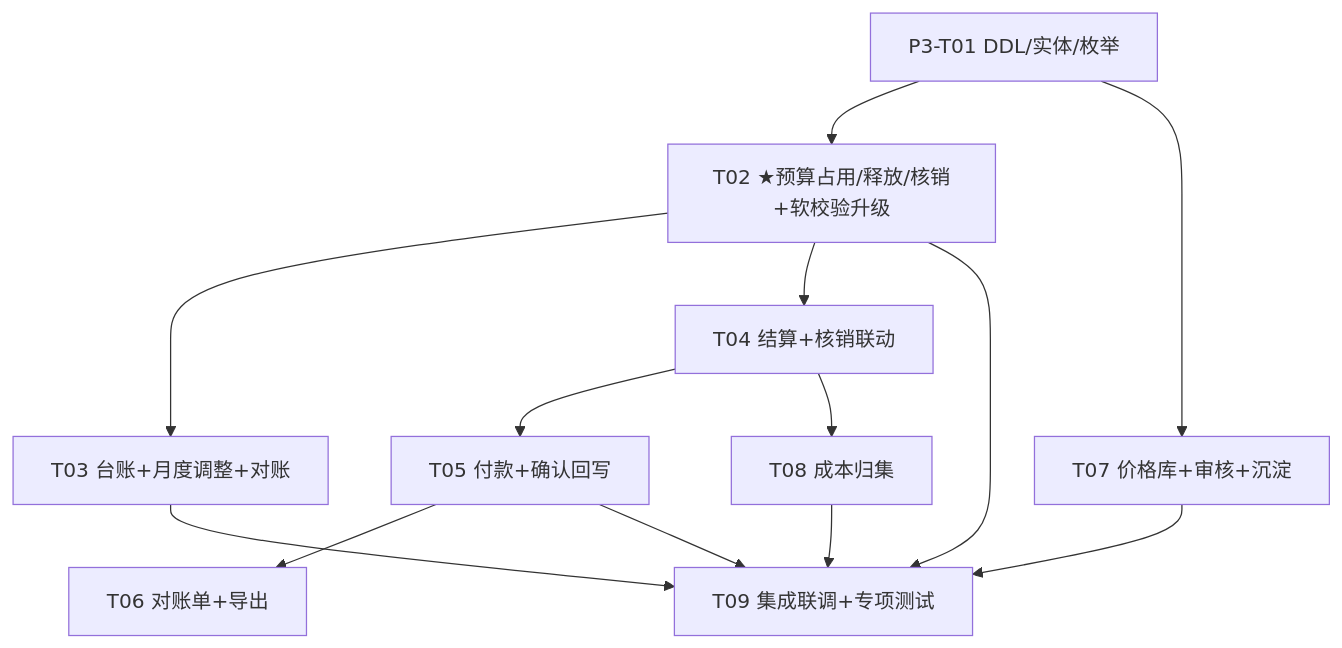
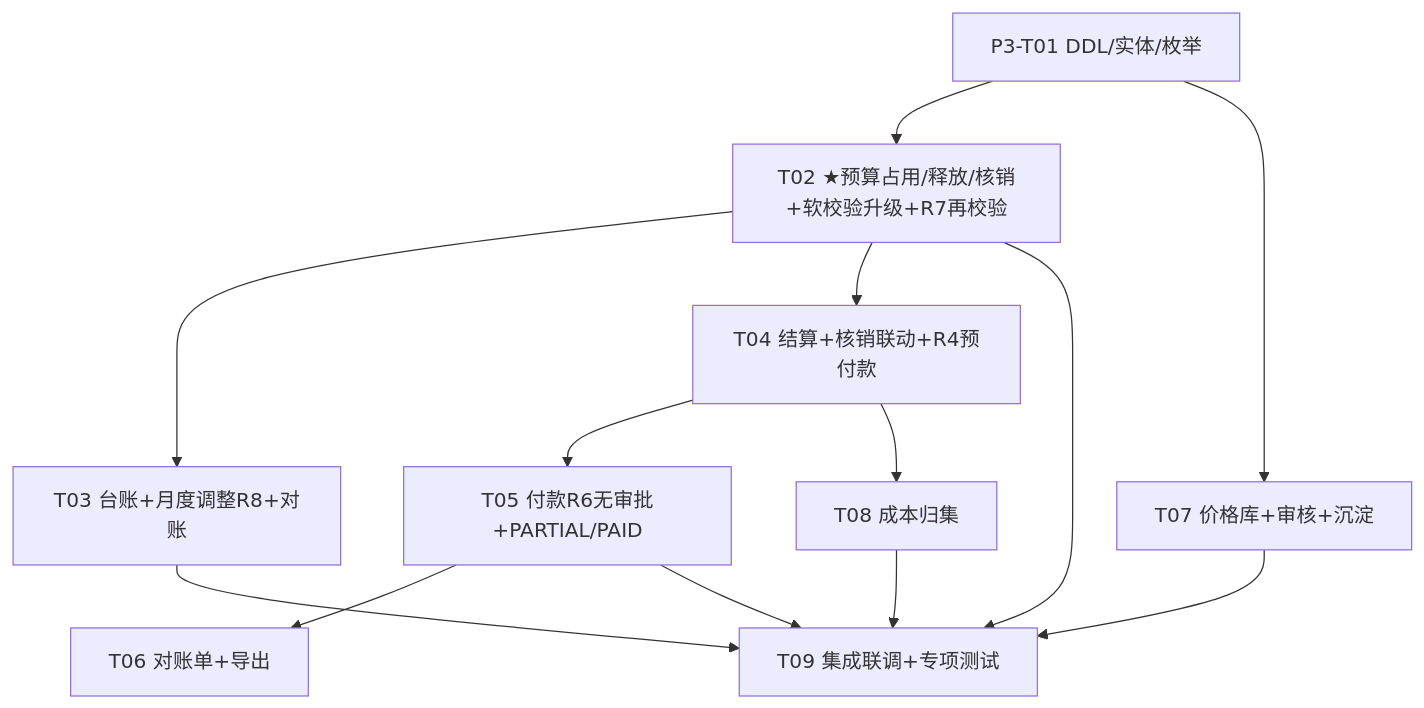
The second of 2 diagrams in docs/P3预算结算设计.md (lllshang/supply-chain-procurement), drawn with Mermaid before and after one commit. The commit also changed other lines of this file, not shown here.

Commit message:
docs(p3): P3 设计 v1.1 审计修订版（R1-R9 修正：月度硬控/订单状态机/预付款/双重预算校验等）

````diff
--- a/docs/P3预算结算设计.md
+++ b/docs/P3预算结算设计.md
@@ -317,15 +377,15 @@
 ```mermaid
 graph TD
-    T01[P3-T01 DDL/实体/枚举] --> T02[T02 ★预算占用/释放/核销+软校验升级]
+    T01[P3-T01 DDL/实体/枚举] --> T02[T02 ★预算占用/释放/核销+软校验升级+R7再校验]
     T01 --> T07[T07 价格库+审核+沉淀]
-    T02 --> T03[T03 台账+月度调整+对账]
-    T02 --> T04[T04 结算+核销联动]
-    T04 --> T05[T05 付款+确认回写]
+    T02 --> T03[T03 台账+月度调整R8+对账]
+    T02 --> T04[T04 结算+核销联动+R4预付款]
+    T04 --> T05[T05 付款R6无审批+PARTIAL/PAID]
     T05 --> T06[T06 对账单+导出]
     T04 --> T08[T08 成本归集]
     T02 --> T09[T09 集成联调+专项测试]
     T03 --> T09
     T05 --> T09
     T07 --> T09
     T08 --> T09
 ```
````
